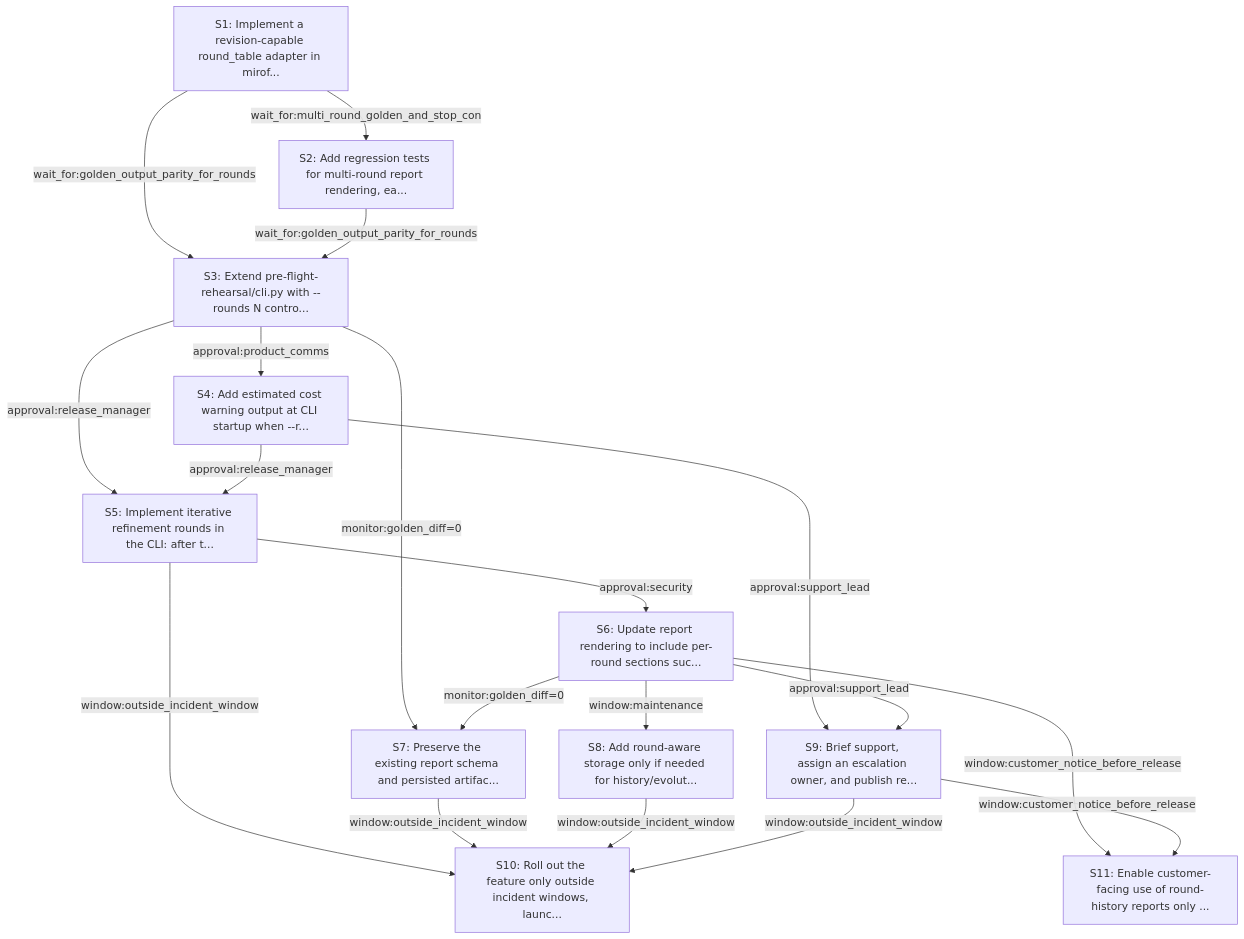
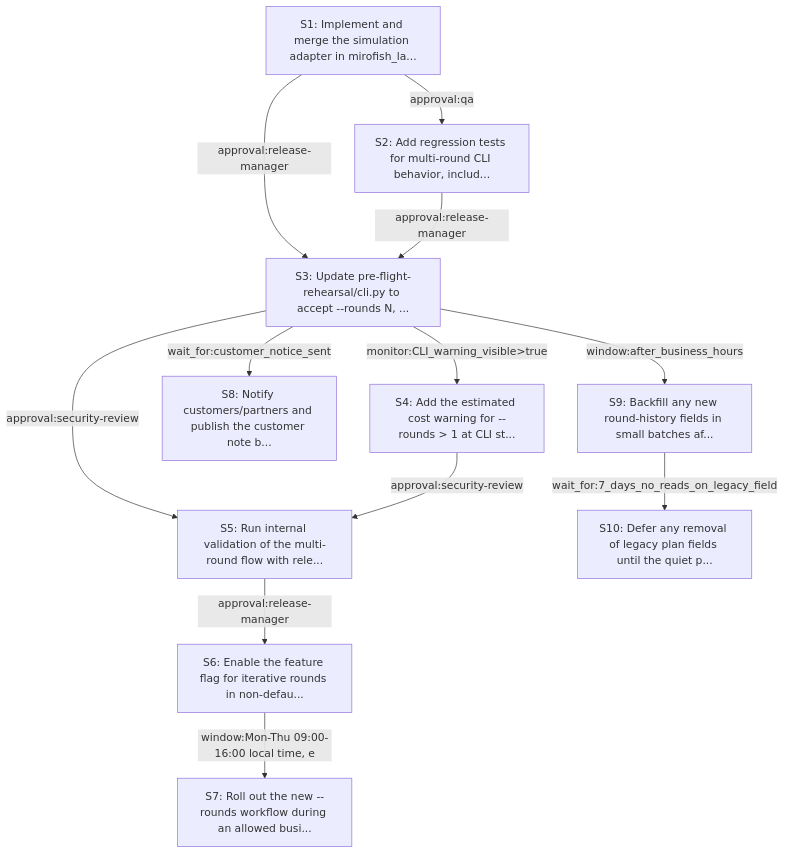
Before and after one commit to N3mes1s/Playground: the diagram in rollout-rehearsal/reports/intent_preflight_iterative_refinement.md, drawn with Mermaid. The commit also changed other lines of this file and 28 other files, not shown here.

````diff
--- a/rollout-rehearsal/reports/intent_preflight_iterative_refinement.md
+++ b/rollout-rehearsal/reports/intent_preflight_iterative_refinement.md
@@ -60,32 +58,24 @@
 ```mermaid
 flowchart TD
-    S1["S1: Implement a revision-capable round_table adapter in mirof..."]
-    S2["S2: Add regression tests for multi-round report rendering, ea..."]
-    S1 -->|wait_for:multi_round_golden_and_stop_con| S2
-    S3["S3: Extend pre-flight-rehearsal/cli.py with --rounds N contro..."]
-    S1 -->|wait_for:golden_output_parity_for_rounds| S3
-    S2 -->|wait_for:golden_output_parity_for_rounds| S3
-    S4["S4: Add estimated cost warning output at CLI startup when --r..."]
-    S3 -->|approval:product_comms| S4
-    S5["S5: Implement iterative refinement rounds in the CLI: after t..."]
-    S3 -->|approval:release_manager| S5
-    S4 -->|approval:release_manager| S5
-    S6["S6: Update report rendering to include per-round sections suc..."]
-    S5 -->|approval:security| S6
-    S7["S7: Preserve the existing report schema and persisted artifac..."]
-    S3 -->|monitor:golden_diff=0| S7
-    S6 -->|monitor:golden_diff=0| S7
-    S8["S8: Add round-aware storage only if needed for history/evolut..."]
-    S6 -->|window:maintenance| S8
-    S9["S9: Brief support, assign an escalation owner, and publish re..."]
-    S4 -->|approval:support_lead| S9
-    S6 -->|approval:support_lead| S9
-    S10["S10: Roll out the feature only outside incident windows, launc..."]
-    S5 -->|window:outside_incident_window| S10
-    S7 -->|window:outside_incident_window| S10
-    S8 -->|window:outside_incident_window| S10
-    S9 -->|window:outside_incident_window| S10
-    S11["S11: Enable customer-facing use of round-history reports only ..."]
-    S6 -->|window:customer_notice_before_release| S11
-    S9 -->|window:customer_notice_before_release| S11
+    S1["S1: Implement and merge the simulation adapter in mirofish_la..."]
+    S2["S2: Add regression tests for multi-round CLI behavior, includ..."]
+    S1 -->|approval:qa| S2
+    S3["S3: Update pre-flight-rehearsal/cli.py to accept --rounds N, ..."]
+    S1 -->|approval:release-manager| S3
+    S2 -->|approval:release-manager| S3
+    S4["S4: Add the estimated cost warning for --rounds > 1 at CLI st..."]
+    S3 -->|monitor:CLI_warning_visible>true| S4
+    S5["S5: Run internal validation of the multi-round flow with rele..."]
+    S3 -->|approval:security-review| S5
+    S4 -->|approval:security-review| S5
+    S6["S6: Enable the feature flag for iterative rounds in non-defau..."]
+    S5 -->|approval:release-manager| S6
+    S7["S7: Roll out the new --rounds workflow during an allowed busi..."]
+    S6 -->|window:Mon-Thu 09:00-16:00 local time, e| S7
+    S8["S8: Notify customers/partners and publish the customer note b..."]
+    S3 -->|wait_for:customer_notice_sent| S8
+    S9["S9: Backfill any new round-history fields in small batches af..."]
+    S3 -->|window:after_business_hours| S9
+    S10["S10: Defer any removal of legacy plan fields until the quiet p..."]
+    S9 -->|wait_for:7_days_no_reads_on_legacy_field| S10
 ```
````
